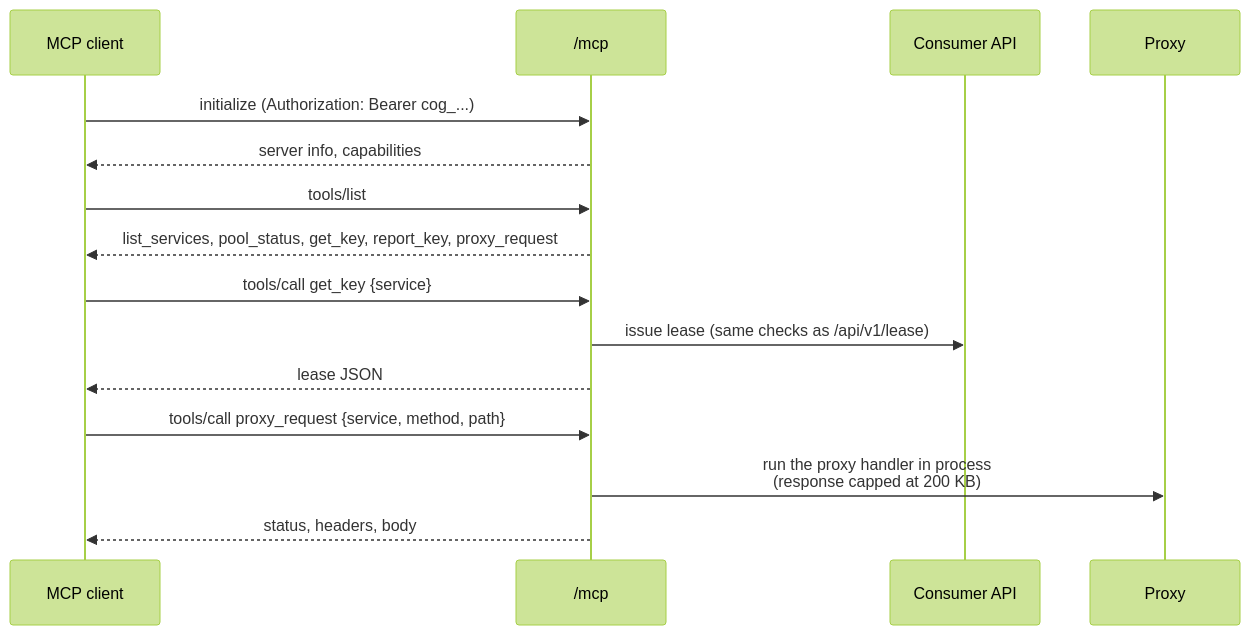
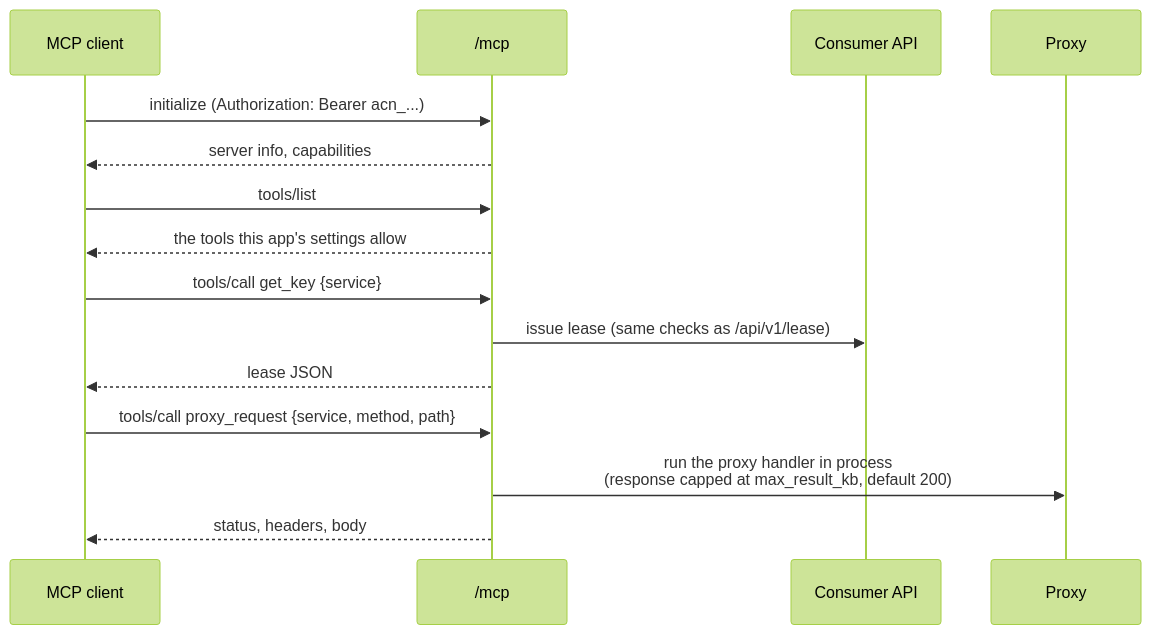
One commit to sidharthpunathil/acnologia changed the eighth of 13 diagrams in server/internal/docsmd/files/flows.md. Above: the diagram before and after it, drawn with Mermaid (forest theme). The commit also changed other lines of this file and 43 other files, not shown here.

````diff
--- a/server/internal/docsmd/files/flows.md
+++ b/server/internal/docsmd/files/flows.md
@@ -251,18 +272,18 @@
 ```mermaid
 sequenceDiagram
     participant Ag as MCP client
     participant M as /mcp
     participant C as Consumer API
     participant P as Proxy
 
-    Ag->>M: initialize (Authorization: Bearer cog_...)
+    Ag->>M: initialize (Authorization: Bearer acn_...)
     M-->>Ag: server info, capabilities
     Ag->>M: tools/list
-    M-->>Ag: list_services, pool_status, get_key, report_key, proxy_request
+    M-->>Ag: the tools this app's settings allow
     Ag->>M: tools/call get_key {service}
     M->>C: issue lease (same checks as /api/v1/lease)
     M-->>Ag: lease JSON
     Ag->>M: tools/call proxy_request {service, method, path}
-    M->>P: run the proxy handler in process<br/>(response capped at 200 KB)
+    M->>P: run the proxy handler in process<br/>(response capped at max_result_kb, default 200)
     M-->>Ag: status, headers, body
 ```
````
